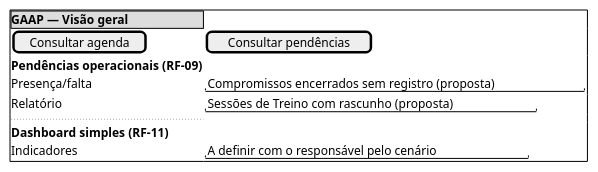
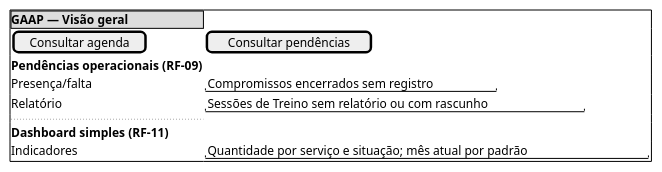
The third of 6 diagrams in docs/Iniciacao/prototipo_baixa_fidelidade.md (Projetos-de-Extensao/PECDII_26.2_8001_I), drawn with PlantUML before and after one commit. The commit also changed other lines of this file and 29 other files, not shown here.

Commit message:
feat(agenda): filtra por serviço vinculado

````diff
--- a/docs/Iniciacao/prototipo_baixa_fidelidade.md
+++ b/docs/Iniciacao/prototipo_baixa_fidelidade.md
@@ -57,14 +57,14 @@
 ```plantuml
 @startsalt
 {+
   {* <b>GAAP — Visão geral}
   [Consultar agenda] | [Consultar pendências]
   <b>Pendências operacionais (RF-09)
-  Presença/falta | "Compromissos encerrados sem registro (proposta)"
-  Relatório | "Sessões de Treino com rascunho (proposta)"
+  Presença/falta | "Compromissos encerrados sem registro"
+  Relatório | "Sessões de Treino sem relatório ou com rascunho"
   ..
   <b>Dashboard simples (RF-11)
-  Indicadores | "A definir com o responsável pelo cenário"
+  Indicadores | "Quantidade por serviço e situação; mês atual por padrão"
 }
 @endsalt
 ```
````
